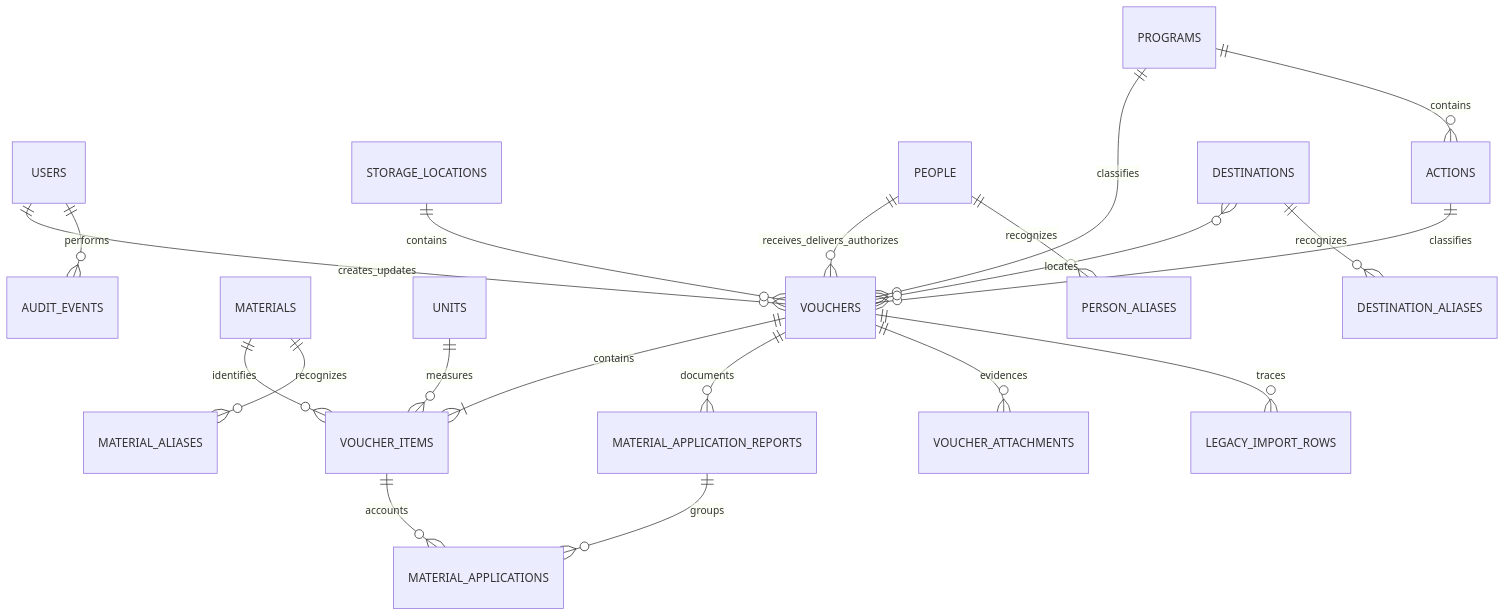
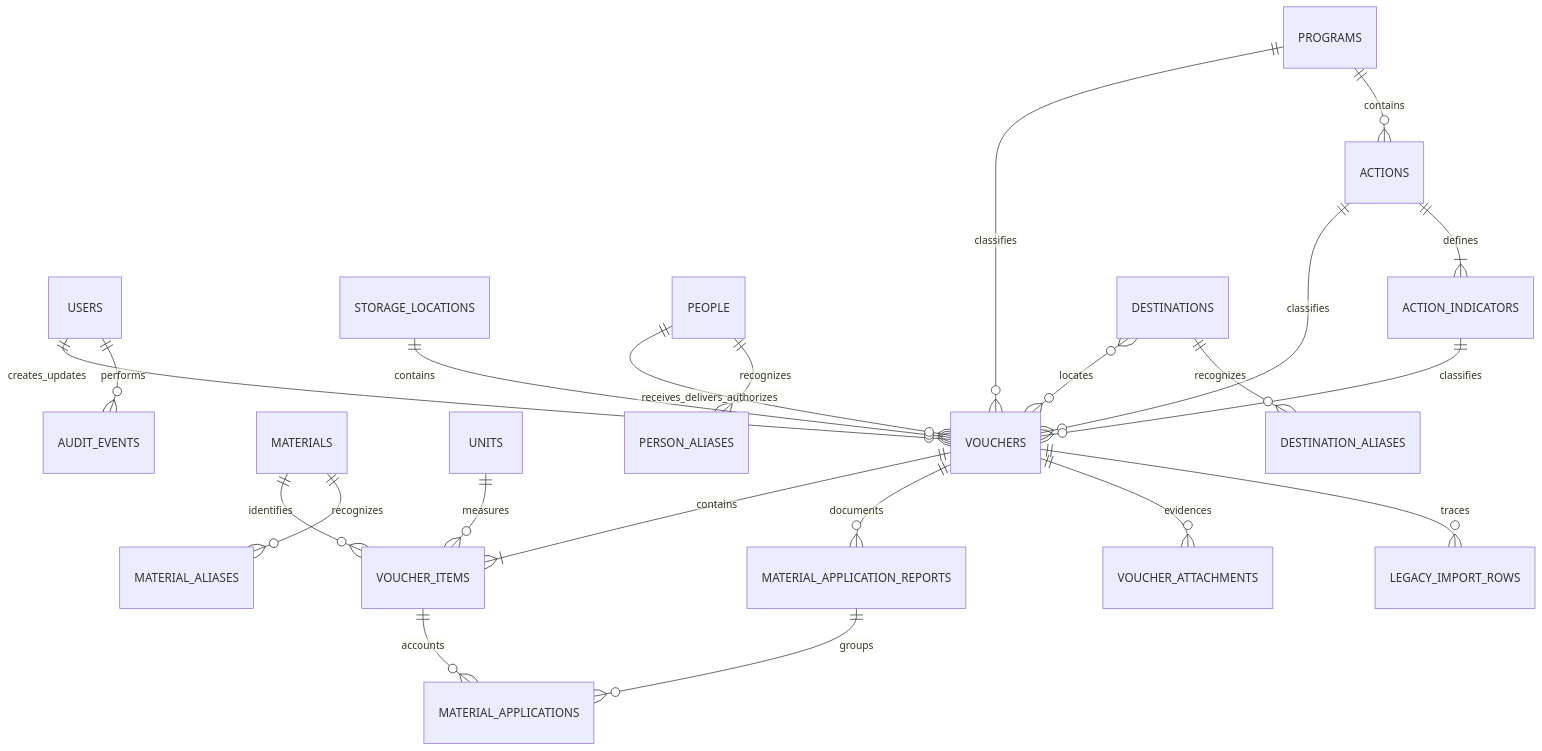
One commit to oscarcast22/control-materiales-spm changed the diagram in docs/architecture.md. Above: the diagram before and after it, drawn with Mermaid. The commit also changed other lines of this file and 34 other files, not shown here.

````diff
--- a/docs/architecture.md
+++ b/docs/architecture.md
@@ -45,22 +45,24 @@
 ```mermaid
 erDiagram
     USERS ||--o{ VOUCHERS : creates_updates
     STORAGE_LOCATIONS ||--o{ VOUCHERS : contains
     PEOPLE ||--o{ VOUCHERS : receives_delivers_authorizes
     PROGRAMS ||--o{ VOUCHERS : classifies
     PROGRAMS ||--o{ ACTIONS : contains
     ACTIONS ||--o{ VOUCHERS : classifies
+    ACTIONS ||--|{ ACTION_INDICATORS : defines
+    ACTION_INDICATORS ||--o{ VOUCHERS : classifies
     DESTINATIONS }o--o{ VOUCHERS : locates
     VOUCHERS ||--|{ VOUCHER_ITEMS : contains
     MATERIALS ||--o{ VOUCHER_ITEMS : identifies
     UNITS ||--o{ VOUCHER_ITEMS : measures
     VOUCHERS ||--o{ MATERIAL_APPLICATION_REPORTS : documents
     MATERIAL_APPLICATION_REPORTS ||--o{ MATERIAL_APPLICATIONS : groups
     VOUCHER_ITEMS ||--o{ MATERIAL_APPLICATIONS : accounts
     VOUCHERS ||--o{ VOUCHER_ATTACHMENTS : evidences
     MATERIALS ||--o{ MATERIAL_ALIASES : recognizes
     PEOPLE ||--o{ PERSON_ALIASES : recognizes
     DESTINATIONS ||--o{ DESTINATION_ALIASES : recognizes
     USERS ||--o{ AUDIT_EVENTS : performs
     VOUCHERS ||--o{ LEGACY_IMPORT_ROWS : traces
 ```
````
